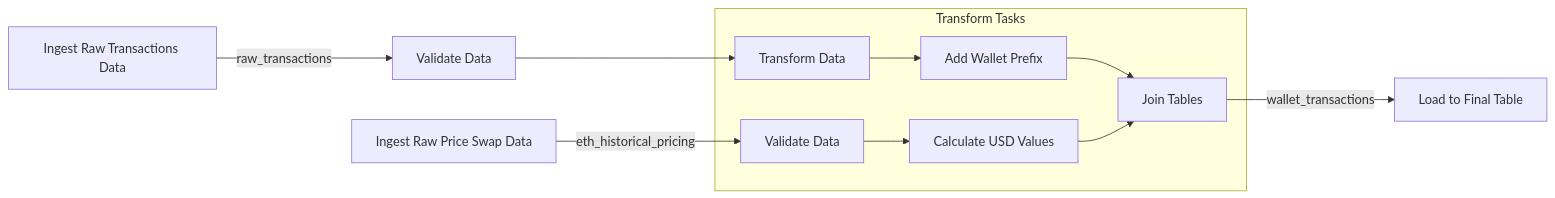
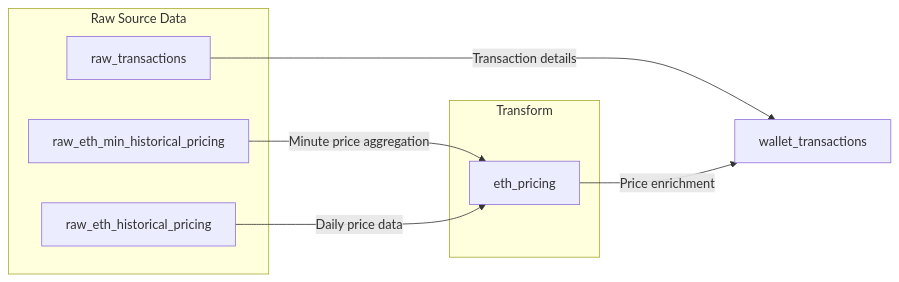
Before and after one commit to tripodoreo/ae_capstone_project: the second of 2 diagrams in README.md, drawn with Mermaid.

````diff
--- a/README.md
+++ b/README.md
@@ -178,16 +178,19 @@
 ```mermaid
 graph LR
-    A[Ingest Raw Transactions Data] --> |"raw_transactions"| B[Validate Data]
-    B --> C[Transform Data]
-    D[Ingest Raw Price Swap Data] --> |"eth_historical_pricing"| E[Validate Data]
+    subgraph Raw Source Data
+        A[raw_eth_min_historical_pricing] 
+        B[raw_eth_historical_pricing]
+        C[raw_transactions]
+    end
 
-    subgraph Transform Tasks
-    C --> G[Add Wallet Prefix]
-    E --> F[Calculate USD Values]
-    G --> H[Join Tables]
-    F --> H
+    subgraph Transform
+        D[eth_pricing]
     end
-    
-    H --> |"wallet_transactions"| I[Load to Final Table]
-    
+
+    E[wallet_transactions]
+
+    A -->|Minute price aggregation| D
+    B -->|Daily price data| D
+    C -->|Transaction details| E
+    D -->|Price enrichment| E
 ```
````
